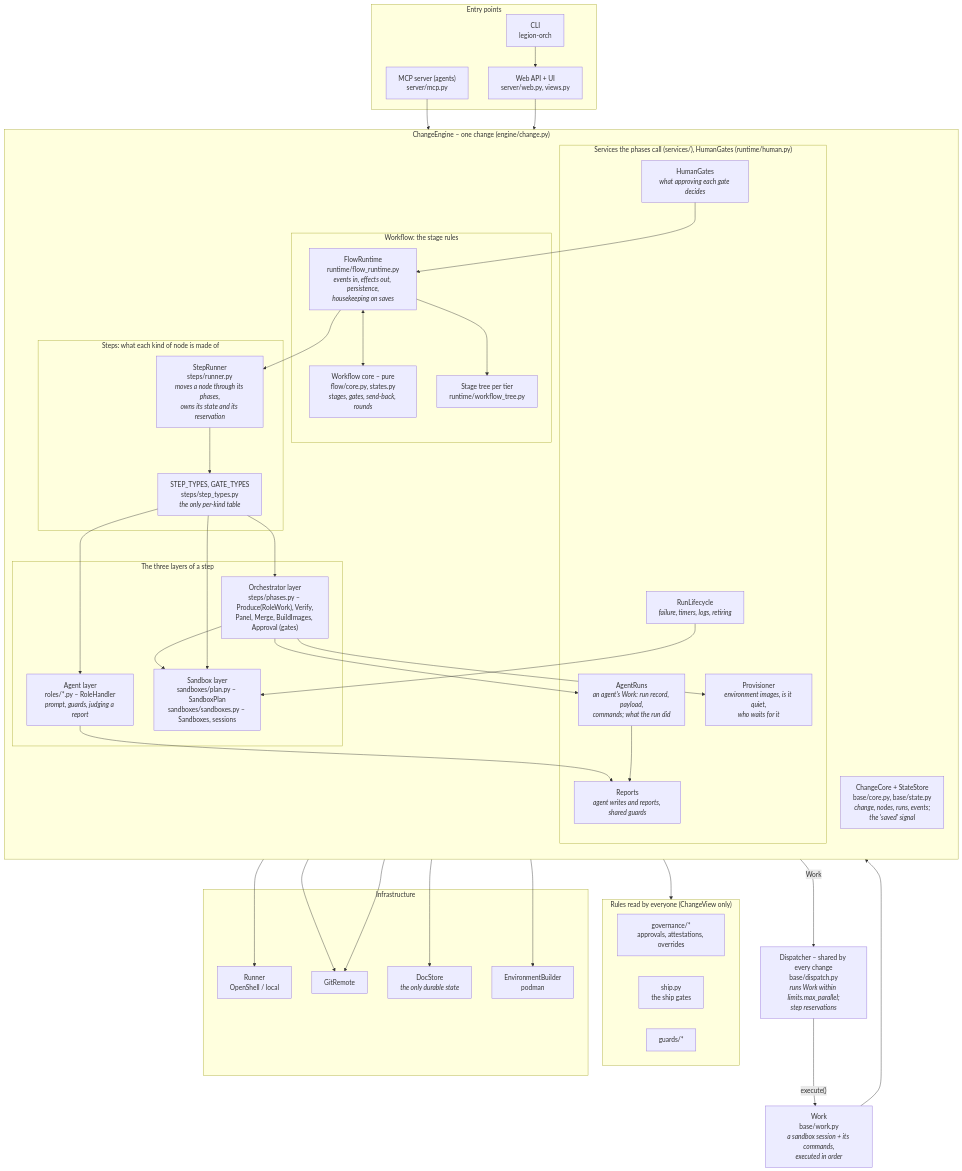
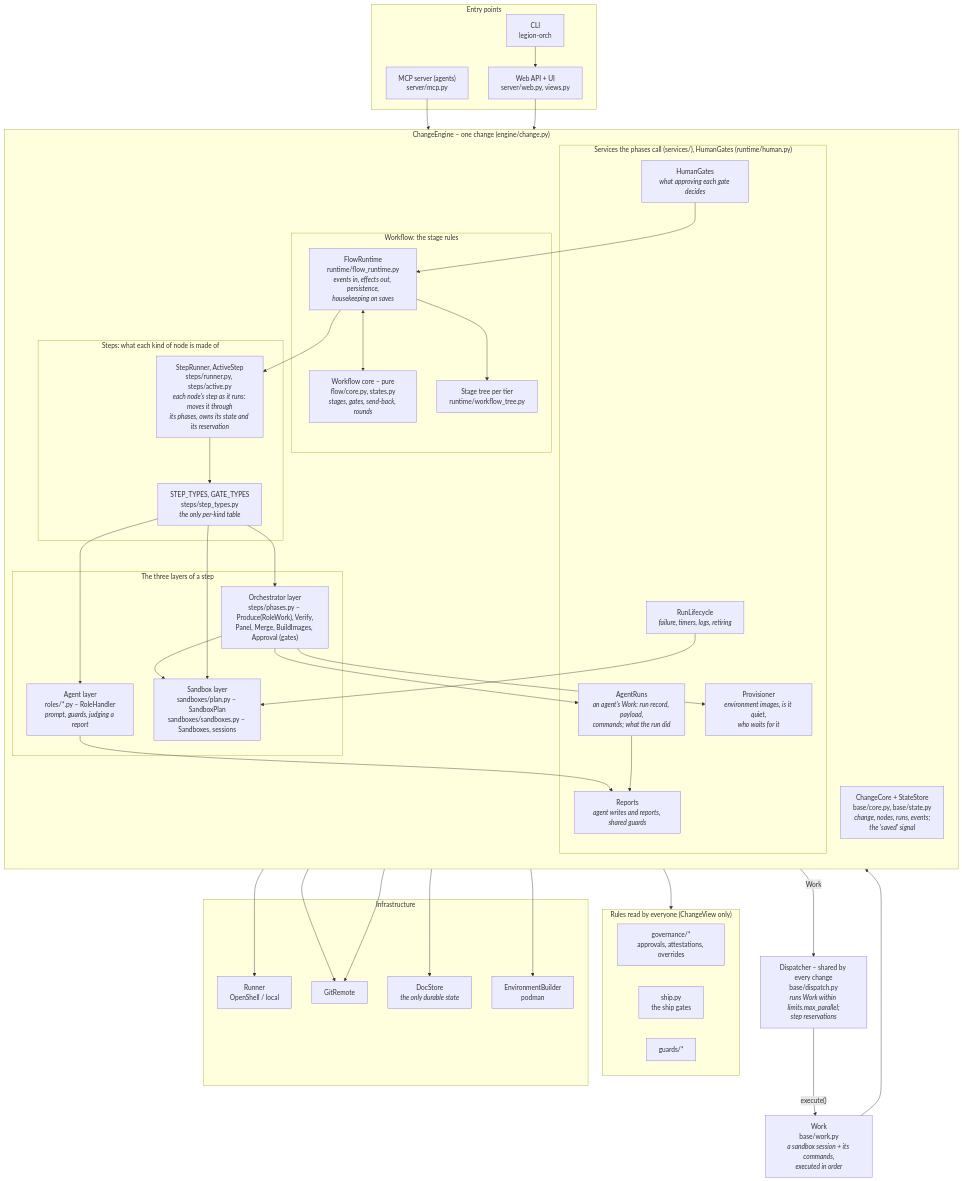
The first of 6 diagrams in docs/architecture.md (mr-miles/orchestrator), drawn with Mermaid before and after one commit. The commit also changed other lines of this file and 3 other files, not shown here.

First line of the commit message:
A phase runs as an ActivePhase; declarations hold only policies

````diff
--- a/docs/architecture.md
+++ b/docs/architecture.md
@@ -13,72 +13,72 @@
 ```mermaid
 flowchart TB
     subgraph entry["Entry points"]
         web["Web API + UI<br/>server/web.py, views.py"]
         mcp["MCP server (agents)<br/>server/mcp.py"]
         cli["CLI<br/>legion-orch"]
     end
 
     subgraph engine["ChangeEngine – one change (engine/change.py)"]
         direction TB
         subgraph wf["Workflow: the stage rules"]
             core["Workflow core – pure<br/>flow/core.py, states.py<br/><i>stages, gates, send-back, rounds</i>"]
             tree["Stage tree per tier<br/>runtime/workflow_tree.py"]
             rt["FlowRuntime<br/>runtime/flow_runtime.py<br/><i>events in, effects out, persistence,<br/>housekeeping on saves</i>"]
         end
         subgraph steps["Steps: what each kind of node is made of"]
-            runner["StepRunner<br/>steps/runner.py<br/><i>moves a node through its phases,<br/>owns its state and its reservation</i>"]
+            runner["StepRunner, ActiveStep<br/>steps/runner.py, steps/active.py<br/><i>each node's step as it runs: moves it through<br/>its phases, owns its state and its reservation</i>"]
             types["STEP_TYPES, GATE_TYPES<br/>steps/step_types.py<br/><i>the only per-kind table</i>"]
         end
         subgraph layers["The three layers of a step"]
             agent["Agent layer<br/>roles/*.py – RoleHandler<br/><i>prompt, guards, judging a report</i>"]
             phases["Orchestrator layer<br/>steps/phases.py – Produce(RoleWork), Verify,<br/>Panel, Merge, BuildImages, Approval (gates)"]
             sbx["Sandbox layer<br/>sandboxes/plan.py – SandboxPlan<br/>sandboxes/sandboxes.py – Sandboxes, sessions"]
         end
         subgraph svc["Services the phases call (services/), HumanGates (runtime/human.py)"]
             agents["AgentRuns<br/><i>an agent's Work: run record, payload,<br/>commands; what the run did</i>"]
             reports["Reports<br/><i>agent writes and reports, shared guards</i>"]
             prov["Provisioner<br/><i>environment images, is it quiet,<br/>who waits for it</i>"]
             life["RunLifecycle<br/><i>failure, timers, logs, retiring</i>"]
             gates["HumanGates<br/><i>what approving each gate decides</i>"]
         end
         state["ChangeCore + StateStore<br/>base/core.py, base/state.py<br/><i>change, nodes, runs, events;<br/>the 'saved' signal</i>"]
     end
 
     disp["Dispatcher – shared by every change<br/>base/dispatch.py<br/><i>runs Work within limits.max_parallel;<br/>step reservations</i>"]
     work["Work<br/>base/work.py<br/><i>a sandbox session + its commands,<br/>executed in order</i>"]
 
     subgraph gov["Rules read by everyone (ChangeView only)"]
         governance["governance/*<br/>approvals, attestations, overrides"]
         ship["ship.py<br/>the ship gates"]
         guards["guards/*"]
     end
 
     subgraph infra["Infrastructure"]
         runnerx["Runner<br/>OpenShell / local"]
         git["GitRemote"]
         store["DocStore<br/><i>the only durable state</i>"]
         builder["EnvironmentBuilder<br/>podman"]
     end
 
     web --> engine
     cli --> web
     mcp --> reports
     rt <--> core
     rt --> tree
     rt --> runner
     gates --> rt
     runner --> types
     types --> agent & phases & sbx
     phases --> agents & prov & sbx
     phases -- "Work" --> disp
     disp -- "execute()" --> work
     work --> sbx
     agents --> reports
     agent --> reports
     life --> sbx
     engine --> gov
     sbx --> runnerx
     phases & gates --> git
     state --> store
     prov --> builder
 ```
````
